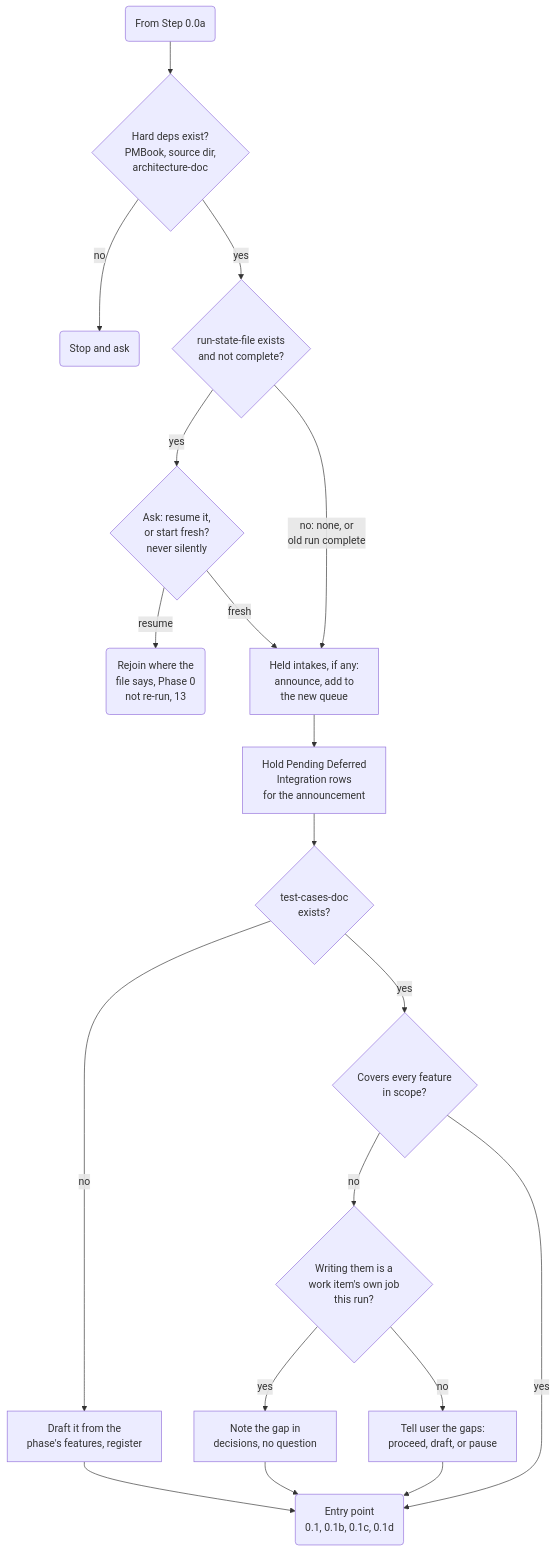
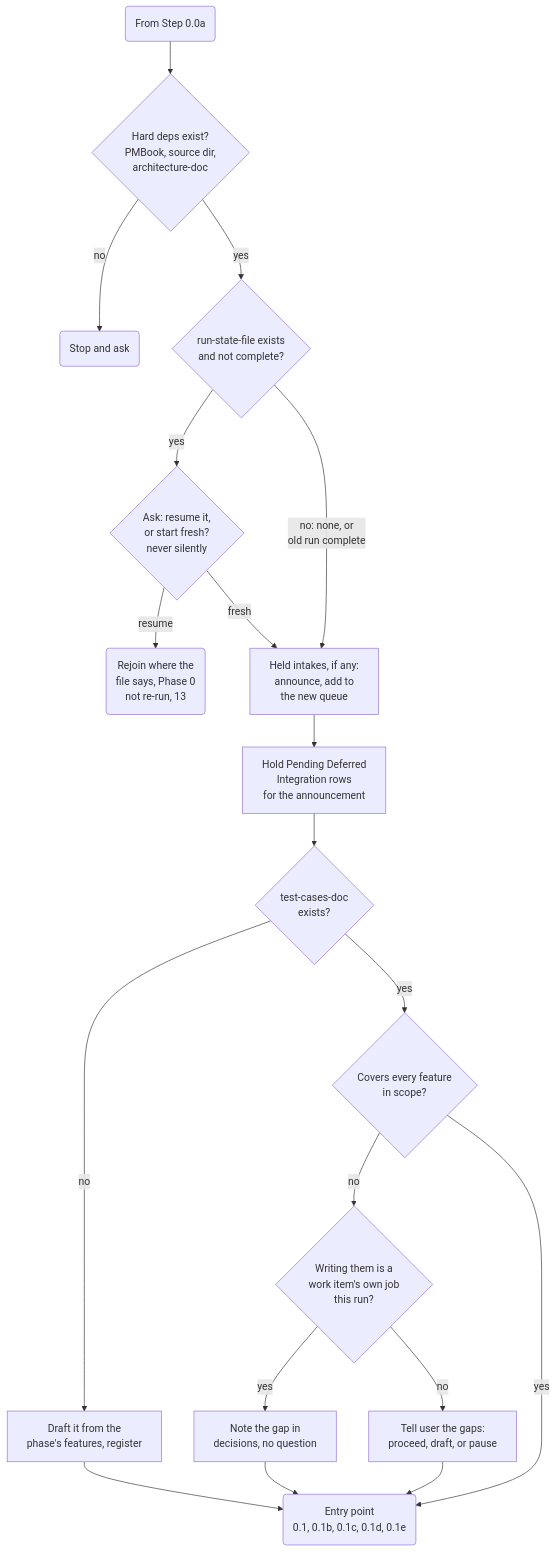
One commit to muhammedalikhan86/claude-stash changed the second of 4 diagrams in skills/plugin-orchestrator-development-pattern/mermaid/02-phase0-setup.md. Above: the diagram before and after it, drawn with Mermaid. The commit also changed other lines of this file and 30 other files, not shown here.

````diff
--- a/skills/plugin-orchestrator-development-pattern/mermaid/02-phase0-setup.md
+++ b/skills/plugin-orchestrator-development-pattern/mermaid/02-phase0-setup.md
@@ -37,21 +37,21 @@
 ```mermaid
 flowchart TD
     In("From Step 0.0a") --> Hard{"Hard deps exist?<br/>PMBook, source dir,<br/>architecture-doc"}
     Hard -->|"no"| AskDeps("Stop and ask")
     Hard -->|"yes"| Res{"run-state-file exists<br/>and not complete?"}
     Res -->|"yes"| AskRes{"Ask: resume it,<br/>or start fresh?<br/>never silently"}
     AskRes -->|"resume"| Rebuild("Rejoin where the<br/>file says, Phase 0<br/>not re-run, 13")
     AskRes -->|"fresh"| Held
     Res -->|"no: none, or<br/>old run complete"| Held["Held intakes, if any:<br/>announce, add to<br/>the new queue"]
     Held --> Def["Hold Pending Deferred<br/>Integration rows<br/>for the announcement"]
     Def --> TC{"test-cases-doc<br/>exists?"}
     TC -->|"no"| Draft["Draft it from the<br/>phase's features, register"]
     TC -->|"yes"| Thin{"Covers every feature<br/>in scope?"}
     Thin -->|"no"| Own{"Writing them is a<br/>work item's own job<br/>this run?"}
     Own -->|"yes"| Note["Note the gap in<br/>decisions, no question"]
     Own -->|"no"| AskGap["Tell user the gaps:<br/>proceed, draft, or pause"]
     Note --> Entry
     Thin -->|"yes"| Entry
-    Draft --> Entry("Entry point<br/>0.1, 0.1b, 0.1c, 0.1d")
+    Draft --> Entry("Entry point<br/>0.1, 0.1b, 0.1c, 0.1d, 0.1e")
     AskGap --> Entry
 ```
````
